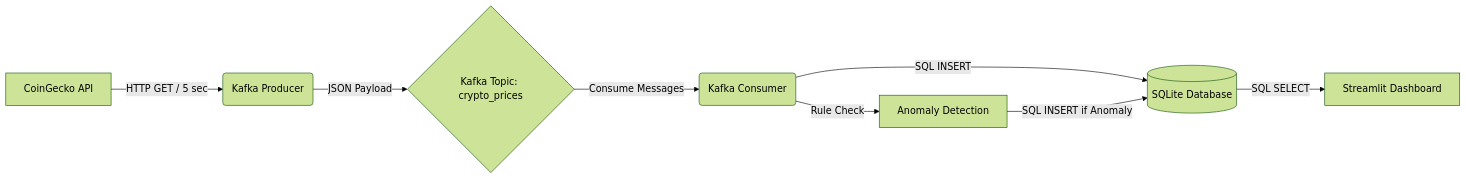
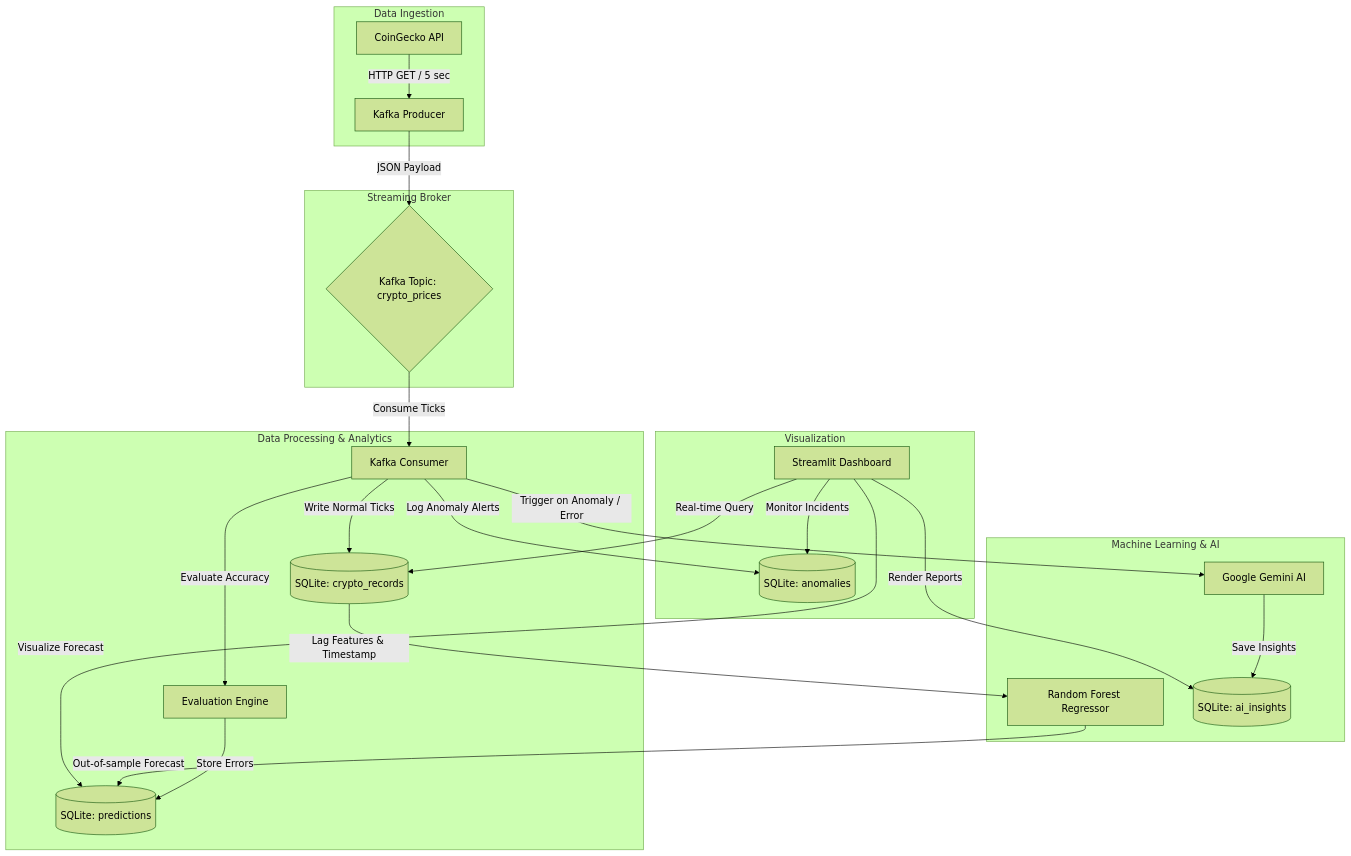
Before and after one commit to sravani-vallepu07/Real-time-streaming-analytics-using-kafka: the diagram in README.md, drawn with Mermaid (forest theme). The commit also changed other lines of this file and 7 other files, not shown here.

Commit message:
Upgrade pipeline: RandomForestRegressor ML & Gemini AI integration

````diff
--- a/README.md
+++ b/README.md
@@ -7,10 +17,32 @@
 ```mermaid
-flowchart LR
-    A[CoinGecko API] -->|HTTP GET / 5 sec| B(Kafka Producer)
-    B -->|JSON Payload| C{Kafka Topic: crypto_prices}
-    C -->|Consume Messages| D(Kafka Consumer)
-    D -->|Rule Check| E[Anomaly Detection]
-    D -->|SQL INSERT| F[(SQLite Database)]
-    E -->|SQL INSERT if Anomaly| F
-    F -->|SQL SELECT| G[Streamlit Dashboard]
+flowchart TD
+    subgraph Data Ingestion
+        A[CoinGecko API] -->|HTTP GET / 5 sec| B[Kafka Producer]
+    end
+
+    subgraph Streaming Broker
+        B -->|JSON Payload| C{Kafka Topic: crypto_prices}
+    end
+
+    subgraph Data Processing & Analytics
+        C -->|Consume Ticks| D[Kafka Consumer]
+        D -->|Write Normal Ticks| E[(SQLite: crypto_records)]
+        D -->|Evaluate Accuracy| F[Evaluation Engine]
+        F -->|Store Errors| G[(SQLite: predictions)]
+    end
+
+    subgraph Machine Learning & AI
+        H[Random Forest Regressor] -->|Out-of-sample Forecast| G
+        E -->|Lag Features & Timestamp| H
+        D -->|Trigger on Anomaly / Error| I[Google Gemini AI]
+        I -->|Save Insights| J[(SQLite: ai_insights)]
+    end
+
+    subgraph Visualization
+        K[Streamlit Dashboard] -->|Real-time Query| E
+        K -->|Visualize Forecast| G
+        K -->|Render Reports| J
+        D -->|Log Anomaly Alerts| L[(SQLite: anomalies)]
+        K -->|Monitor Incidents| L
+    end
 ```
````
